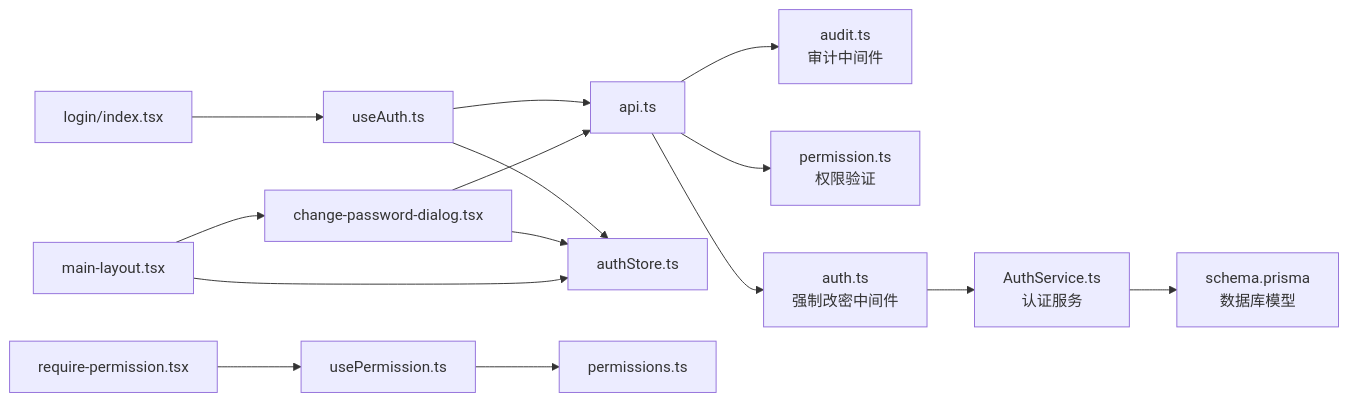
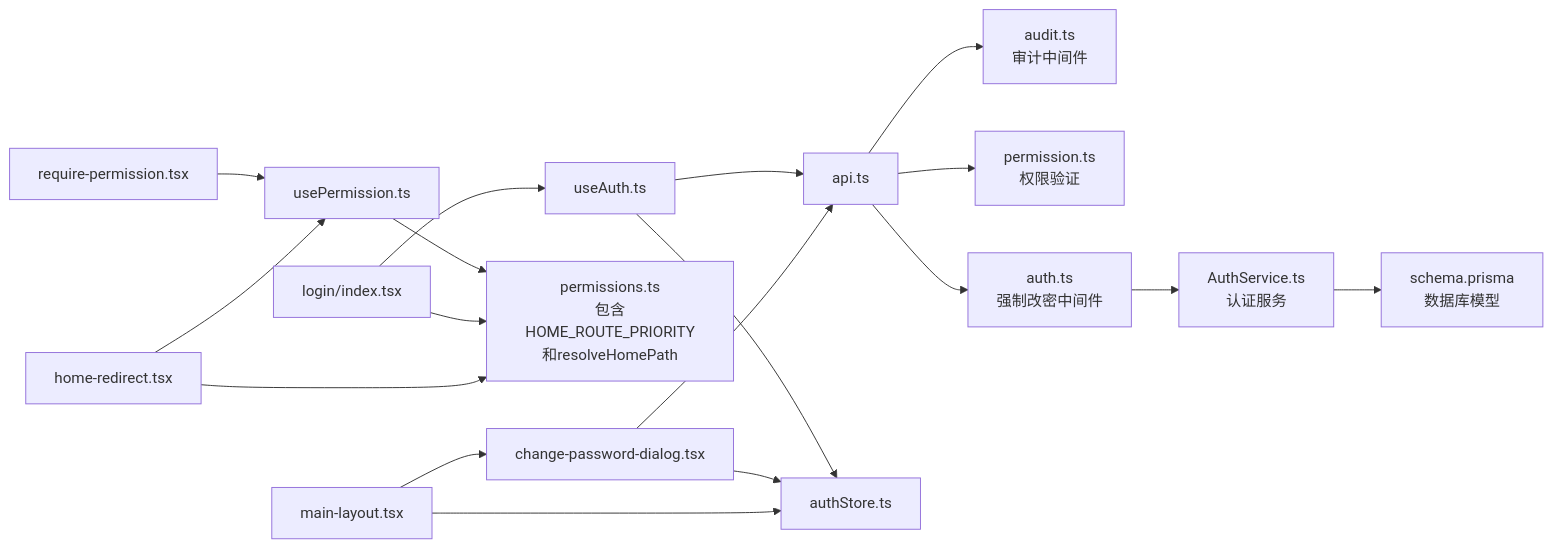
One commit to Damao997/newproject changed diagram 12 of 12 in .qoder/repowiki/zh/content/核心模块/用户认证系统.md. Above: the diagram before and after it, drawn with Mermaid. The commit also changed other lines of this file and 57 other files, not shown here.

````diff
--- a/.qoder/repowiki/zh/content/核心模块/用户认证系统.md
+++ b/.qoder/repowiki/zh/content/核心模块/用户认证系统.md
@@ -596,17 +701,20 @@
 ```mermaid
 graph LR
 USEAUTH["useAuth.ts"] --> API["api.ts"]
 USEAUTH --> AUTHSTORE["authStore.ts"]
 GUARD["require-permission.tsx"] --> PERMHOOK["usePermission.ts"]
-PERMHOOK --> PERMLIB["permissions.ts"]
+PERMHOOK --> PERMLIB["permissions.ts<br/>包含HOME_ROUTE_PRIORITY<br/>和resolveHomePath"]
 LOGIN["login/index.tsx"] --> USEAUTH
+LOGIN --> PERMLIB
 DIALOG["change-password-dialog.tsx"] --> AUTHSTORE
 DIALOG --> API
 LAYOUT["main-layout.tsx"] --> DIALOG
 LAYOUT --> AUTHSTORE
 API --> AUDIT["audit.ts<br/>审计中间件"]
 API --> PERMS["permission.ts<br/>权限验证"]
 API --> AUTHMW["auth.ts<br/>强制改密中间件"]
 AUTHMW --> SERVICES["AuthService.ts<br/>认证服务"]
 SERVICES --> SCHEMA["schema.prisma<br/>数据库模型"]
+HOMEREDIRECT["home-redirect.tsx"] --> PERMHOOK
+HOMEREDIRECT --> PERMLIB
 ```
````
